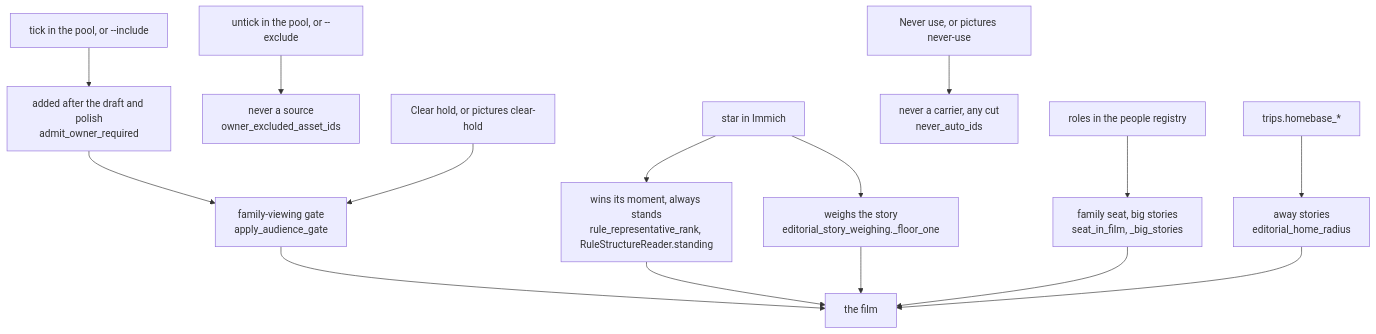
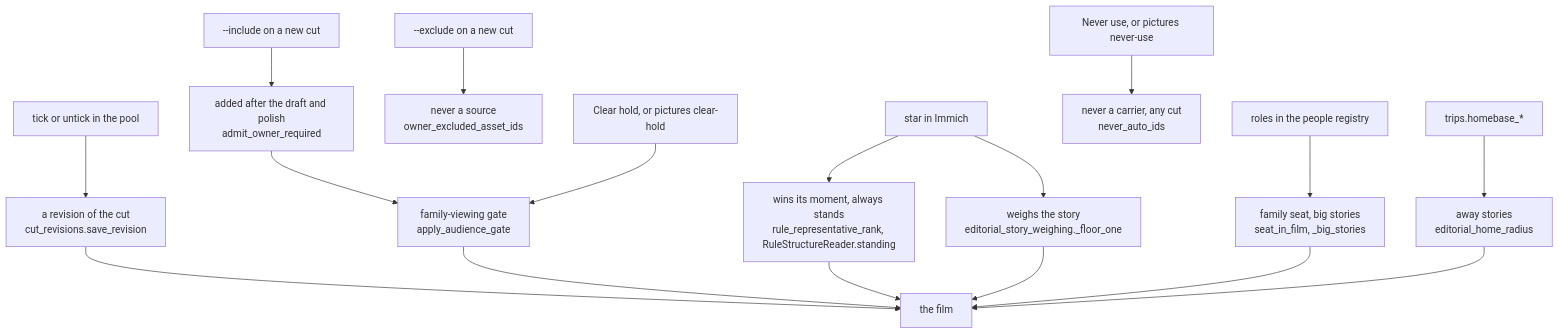
The first of 2 diagrams in docs-site/docs/how-it-chooses/overrule-it.md (sam-dumont/immich-memories), drawn with Mermaid before and after one commit. The commit also changed other lines of this file and 524 other files, not shown here.

````diff
--- a/docs-site/docs/how-it-chooses/overrule-it.md
+++ b/docs-site/docs/how-it-chooses/overrule-it.md
@@ -21,17 +22,19 @@
 ```mermaid
 flowchart TD
   star["star in Immich"] --> rank["wins its moment, always stands<br/>rule_representative_rank, RuleStructureReader.standing"]
   star --> weight["weighs the story<br/>editorial_story_weighing._floor_one"]
-  untick["untick in the pool, or --exclude"] --> source["never a source<br/>owner_excluded_asset_ids"]
-  tick["tick in the pool, or --include"] --> req["added after the draft and polish<br/>admit_owner_required"]
+  pool["tick or untick in the pool"] --> revision["a revision of the cut<br/>cut_revisions.save_revision"]
+  revision --> film
+  untick["--exclude on a new cut"] --> source["never a source<br/>owner_excluded_asset_ids"]
+  tick["--include on a new cut"] --> req["added after the draft and polish<br/>admit_owner_required"]
   req --> gate["family-viewing gate<br/>apply_audience_gate"]
   clear["Clear hold, or pictures clear-hold"] --> gate
   never["Never use, or pictures never-use"] --> out["never a carrier, any cut<br/>never_auto_ids"]
   people["roles in the people registry"] --> seat["family seat, big stories<br/>seat_in_film, _big_stories"]
   home["trips.homebase_*"] --> away["away stories<br/>editorial_home_radius"]
   gate --> film["the film"]
   rank --> film
   weight --> film
   seat --> film
   away --> film
 ```
````
